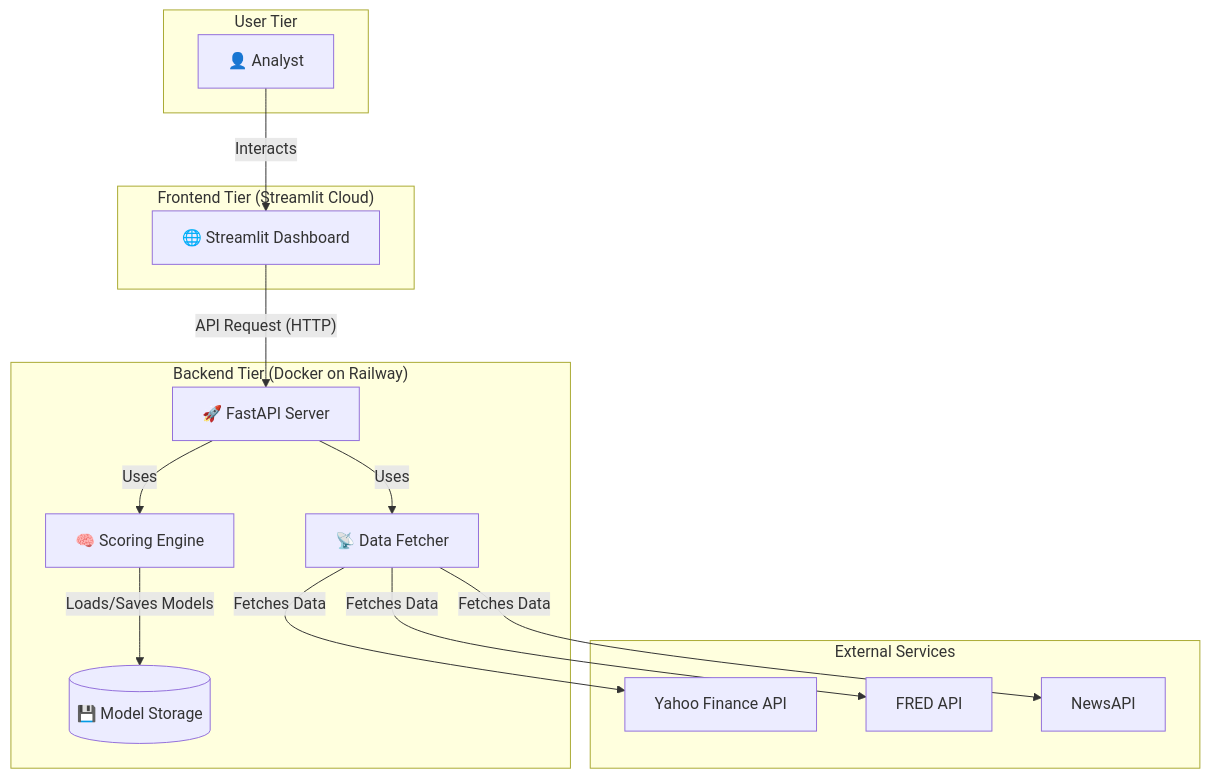
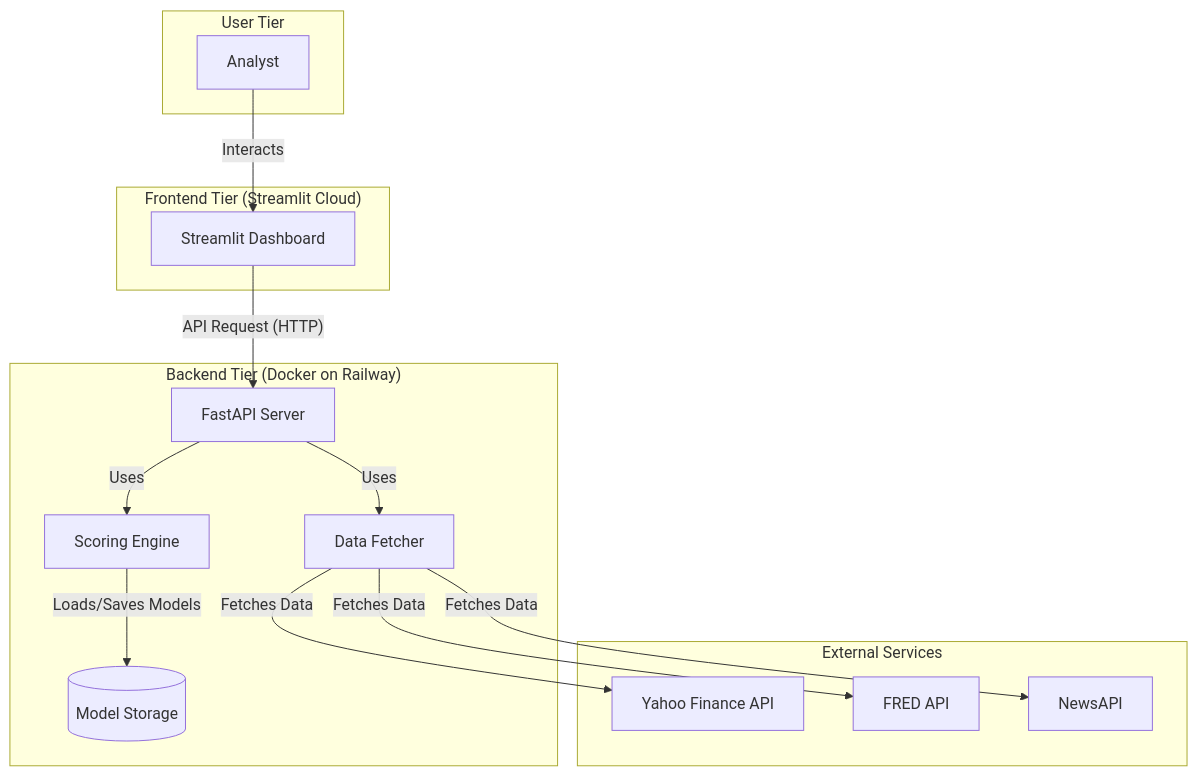
Before and after one commit to HarshitK2814/Credit-Risk-Project: the first of 2 diagrams in README.md, drawn with Mermaid. The commit also changed other lines of this file, not shown here.

````diff
--- a/README.md
+++ b/README.md
@@ -52,32 +74,32 @@
 ```mermaid
 graph TD
     subgraph "User Tier"
-        User[👤 Analyst]
+        User[Analyst]
     end
 
     subgraph "Frontend Tier (Streamlit Cloud)"
-        Frontend[🌐 Streamlit Dashboard]
+        Frontend[Streamlit Dashboard]
     end
 
     subgraph "Backend Tier (Docker on Railway)"
-        BackendAPI[🚀 FastAPI Server]
-        ScoringEngine[🧠 Scoring Engine]
-        DataFetcher[📡 Data Fetcher]
-        ModelStore[(💾 Model Storage)]
+        BackendAPI[FastAPI Server]
+        ScoringEngine[Scoring Engine]
+        DataFetcher[Data Fetcher]
+        ModelStore[(Model Storage)]
     end
 
     subgraph "External Services"
         YFinanceAPI[Yahoo Finance API]
         FRED_API[FRED API]
         NewsAPI[NewsAPI]
     end
 
     User -- "Interacts" --> Frontend
     Frontend -- "API Request (HTTP)" --> BackendAPI
     BackendAPI -- "Uses" --> DataFetcher
     BackendAPI -- "Uses" --> ScoringEngine
     ScoringEngine -- "Loads/Saves Models" --> ModelStore
     DataFetcher -- "Fetches Data" --> YFinanceAPI
     DataFetcher -- "Fetches Data" --> FRED_API
     DataFetcher -- "Fetches Data" --> NewsAPI
 ```
````
